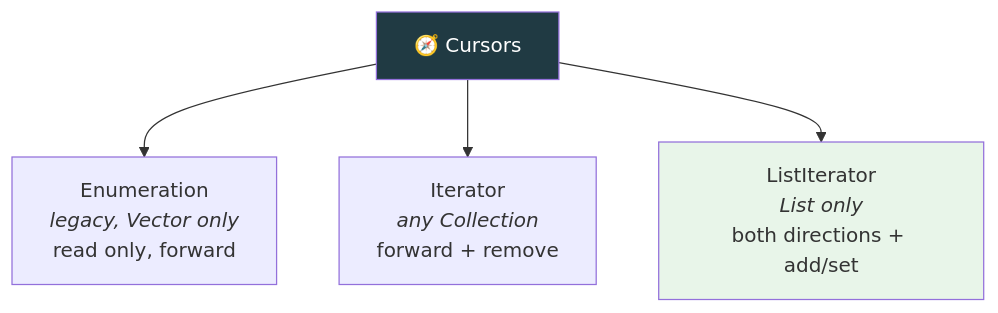
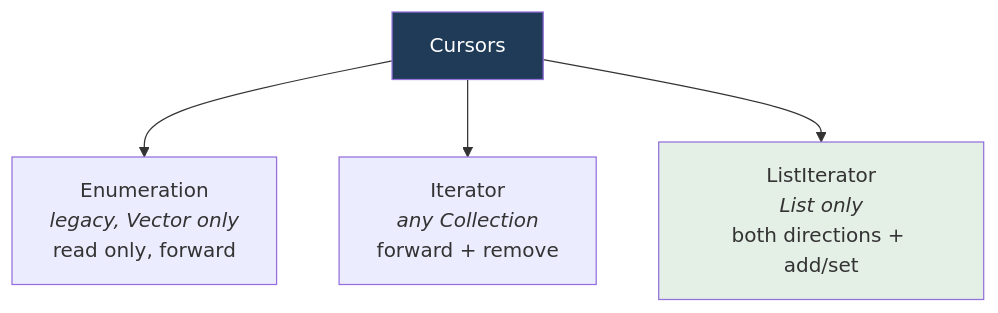
The first of 2 diagrams in src/Theory/08-Collections-Framework/05-Cursors-and-Sorting.md (kundankumarsharma56/Leaning-Java), drawn with Mermaid before and after one commit. The commit also changed other lines of this file and 84 other files, not shown here.

````diff
--- a/src/Theory/08-Collections-Framework/05-Cursors-and-Sorting.md
+++ b/src/Theory/08-Collections-Framework/05-Cursors-and-Sorting.md
@@ -21,8 +21,8 @@
 ```mermaid
 flowchart TD
-    C["🧭 Cursors"] --> E["Enumeration<br/><i>legacy, Vector only</i><br/>read only, forward"]
+    C["Cursors"] --> E["Enumeration<br/><i>legacy, Vector only</i><br/>read only, forward"]
     C --> I["Iterator<br/><i>any Collection</i><br/>forward + remove"]
     C --> L["ListIterator<br/><i>List only</i><br/>both directions + add/set"]
-    style C fill:#203a43,color:#fff
-    style L fill:#e8f5e9
+    style C fill:#1f3b57,color:#fff
+    style L fill:#e4efe6
 ```
````
